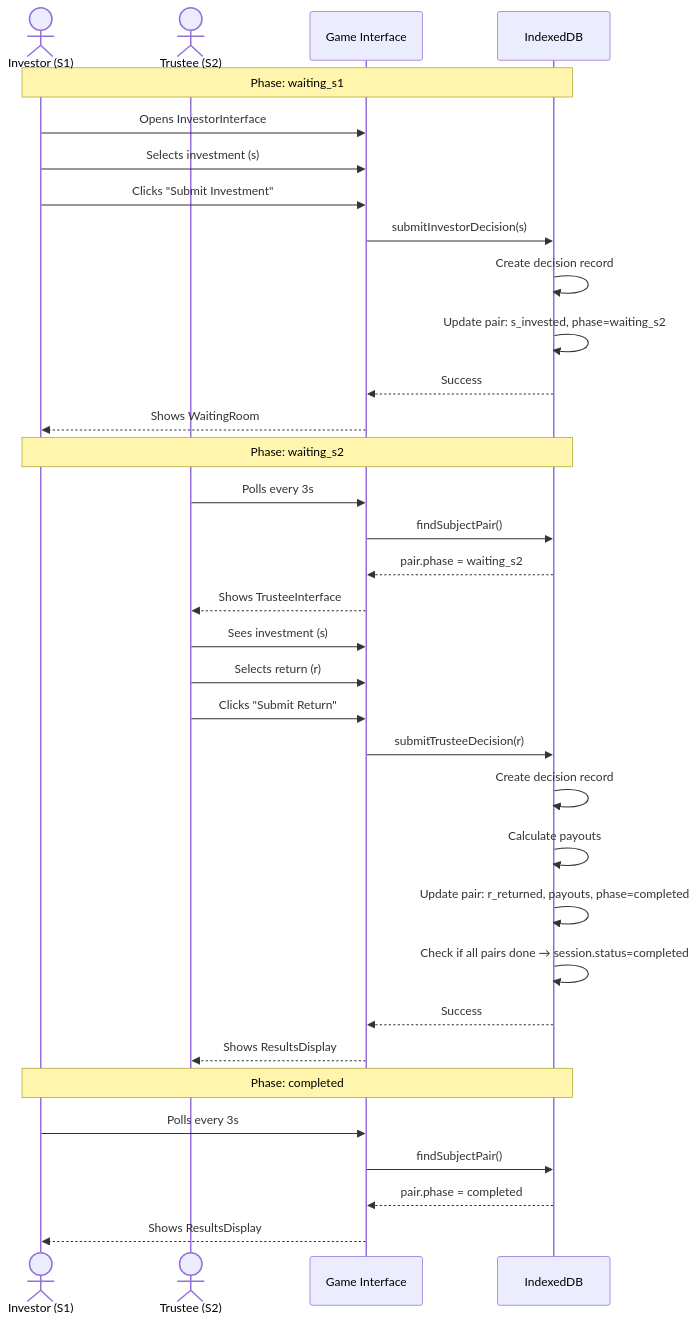
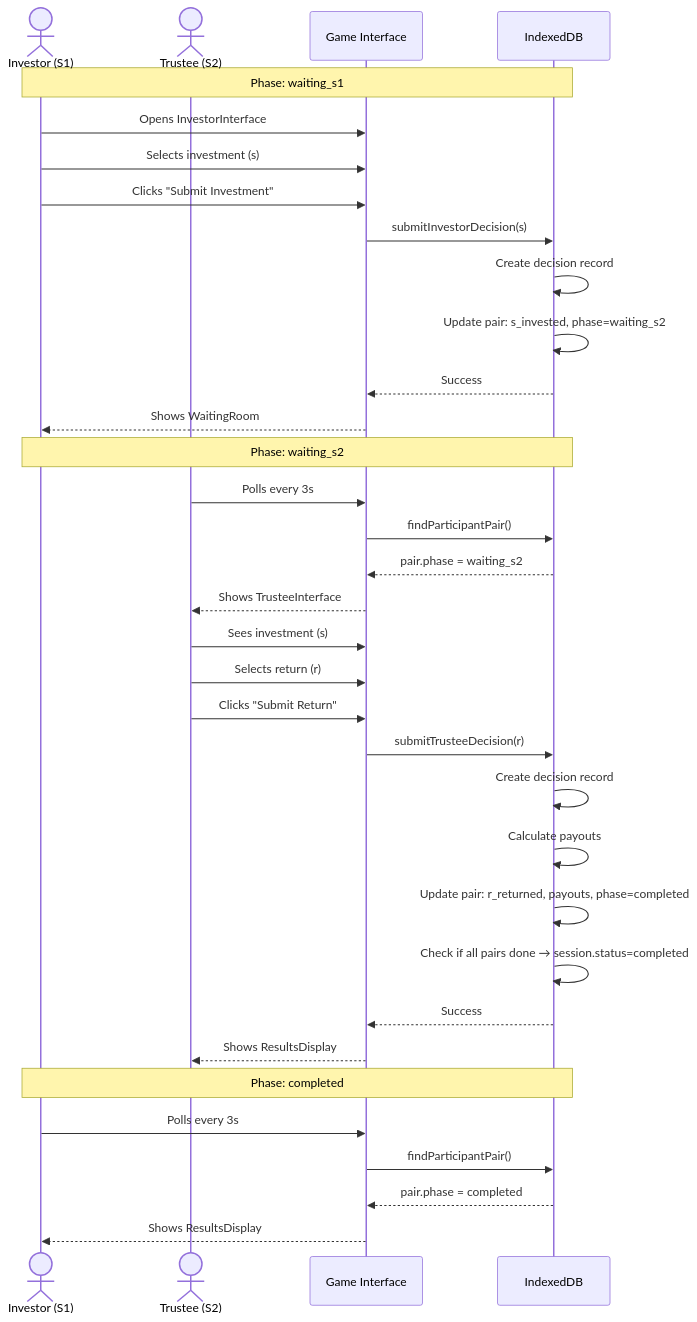
Before and after one commit to Open-Science-Blockchain-Economics/bx-hive: the fifth of 11 diagrams in docs/reference-docs/data-architecture.md, drawn with Mermaid. The commit also changed other lines of this file and 19 other files, not shown here.

````diff
--- a/docs/reference-docs/data-architecture.md
+++ b/docs/reference-docs/data-architecture.md
@@ -404,43 +404,43 @@
 ```mermaid
 sequenceDiagram
     actor S1 as Investor (S1)
     actor S2 as Trustee (S2)
     participant UI as Game Interface
     participant DB as IndexedDB
 
     Note over S1,DB: Phase: waiting_s1
 
     S1->>UI: Opens InvestorInterface
     S1->>UI: Selects investment (s)
     S1->>UI: Clicks "Submit Investment"
     UI->>DB: submitInvestorDecision(s)
     DB->>DB: Create decision record
     DB->>DB: Update pair: s_invested, phase=waiting_s2
     DB-->>UI: Success
     UI-->>S1: Shows WaitingRoom
 
     Note over S1,DB: Phase: waiting_s2
 
     S2->>UI: Polls every 3s
-    UI->>DB: findSubjectPair()
+    UI->>DB: findParticipantPair()
     DB-->>UI: pair.phase = waiting_s2
     UI-->>S2: Shows TrusteeInterface
 
     S2->>UI: Sees investment (s)
     S2->>UI: Selects return (r)
     S2->>UI: Clicks "Submit Return"
     UI->>DB: submitTrusteeDecision(r)
     DB->>DB: Create decision record
     DB->>DB: Calculate payouts
     DB->>DB: Update pair: r_returned, payouts, phase=completed
     DB->>DB: Check if all pairs done → session.status=completed
     DB-->>UI: Success
     UI-->>S2: Shows ResultsDisplay
 
     Note over S1,DB: Phase: completed
 
     S1->>UI: Polls every 3s
-    UI->>DB: findSubjectPair()
+    UI->>DB: findParticipantPair()
     DB-->>UI: pair.phase = completed
     UI-->>S1: Shows ResultsDisplay
 ```
````
